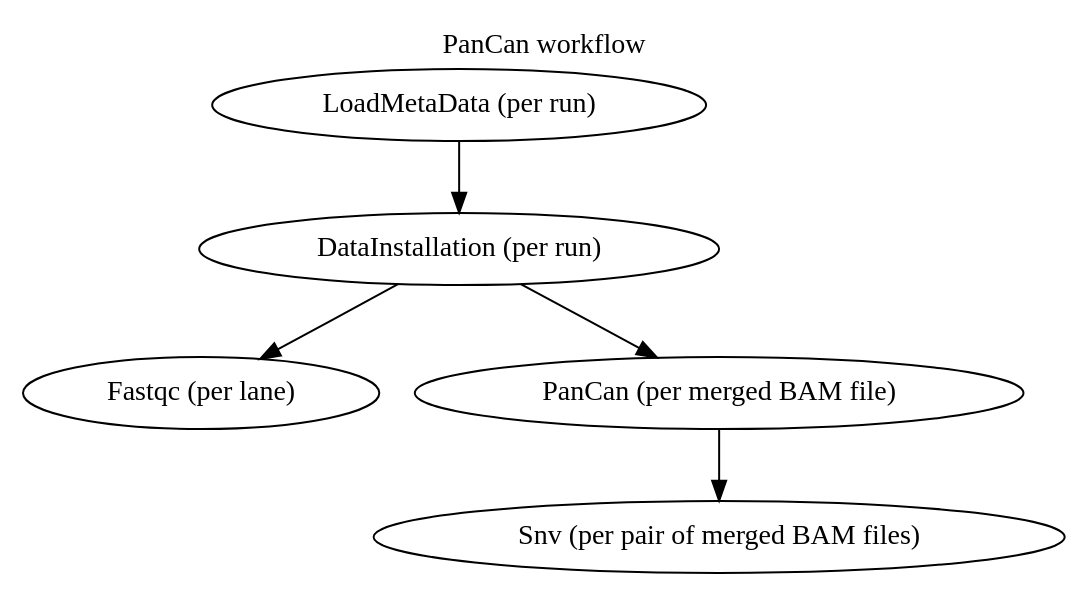
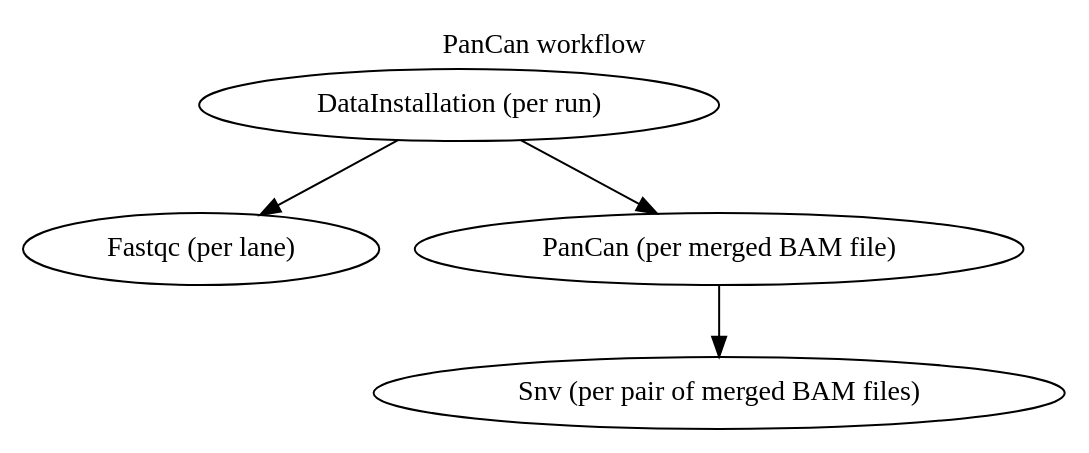
Before and after one commit to one-touch-pipeline/otp: the diagram in src/docs/guide/workflowGraphs/PanCan.dot, drawn with Graphviz. The commit also changed 52 other files, not shown here.

```diff
--- a/src/docs/guide/workflowGraphs/PanCan.dot
+++ b/src/docs/guide/workflowGraphs/PanCan.dot
@@ -1,10 +1,9 @@
 digraph workflows {
   labelloc="t";
   label="PanCan workflow";
 
-  LoadMetaData [label="LoadMetaData (per run)"]
   DataInstallation [label="DataInstallation (per run)"];
   Fastqc [label="Fastqc (per lane)"];
-  LoadMetaData -> DataInstallation -> Fastqc
+  DataInstallation -> Fastqc
   DataInstallation -> "PanCan (per merged BAM file)" -> "Snv (per pair of merged BAM files)"
 }
```
